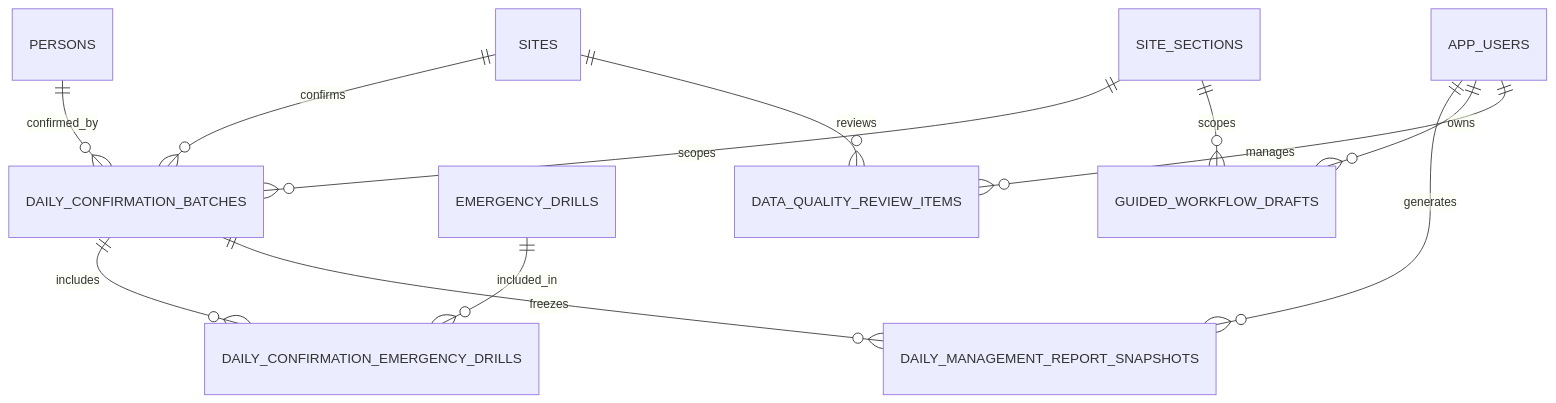
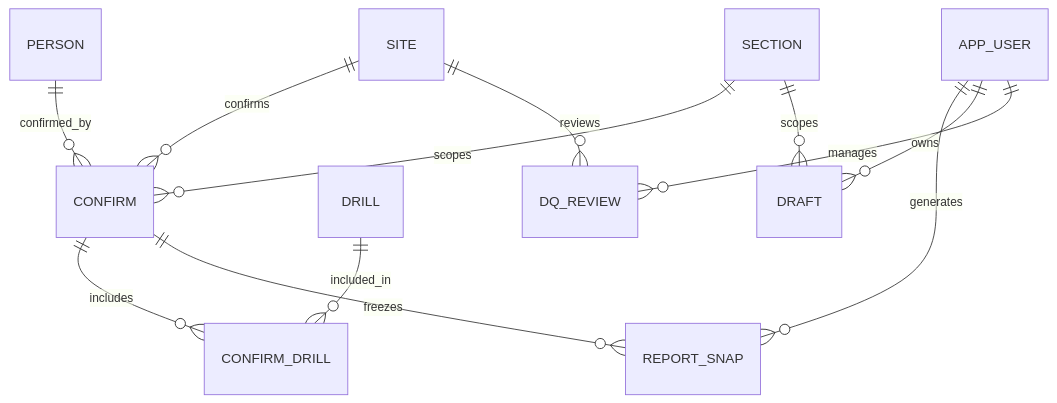
One commit to Euchie23/HSEQ_Risk_Intel changed the eighth of 10 diagrams in docs/Database_ERD.md. Above: the diagram before and after it, drawn with Mermaid. The commit also changed other lines of this file, not shown here.

First line of the commit message:
Improve clarity and consistency in Database ERD documentation

````diff
--- a/docs/Database_ERD.md
+++ b/docs/Database_ERD.md
@@ -523,20 +452,19 @@
 ```mermaid
 erDiagram
 
-    SITES ||--o{ DAILY_CONFIRMATION_BATCHES : confirms
-    SITE_SECTIONS ||--o{ DAILY_CONFIRMATION_BATCHES : scopes
-    PERSONS ||--o{ DAILY_CONFIRMATION_BATCHES : confirmed_by
+    SITE ||--o{ CONFIRM : confirms
+    SECTION ||--o{ CONFIRM : scopes
+    PERSON ||--o{ CONFIRM : confirmed_by
 
-    DAILY_CONFIRMATION_BATCHES ||--o{ DAILY_CONFIRMATION_EMERGENCY_DRILLS : includes
-    EMERGENCY_DRILLS ||--o{ DAILY_CONFIRMATION_EMERGENCY_DRILLS : included_in
+    CONFIRM ||--o{ CONFIRM_DRILL : includes
+    DRILL ||--o{ CONFIRM_DRILL : included_in
 
-    DAILY_CONFIRMATION_BATCHES ||--o{ DAILY_MANAGEMENT_REPORT_SNAPSHOTS : freezes
+    CONFIRM ||--o{ REPORT_SNAP : freezes
+    APP_USER ||--o{ REPORT_SNAP : generates
 
-    APP_USERS ||--o{ DAILY_MANAGEMENT_REPORT_SNAPSHOTS : generates
+    APP_USER ||--o{ DRAFT : owns
+    SECTION ||--o{ DRAFT : scopes
 
-    APP_USERS ||--o{ GUIDED_WORKFLOW_DRAFTS : owns
-    SITE_SECTIONS ||--o{ GUIDED_WORKFLOW_DRAFTS : scopes
-
-    SITES ||--o{ DATA_QUALITY_REVIEW_ITEMS : reviews
-    APP_USERS ||--o{ DATA_QUALITY_REVIEW_ITEMS : manages
+    SITE ||--o{ DQ_REVIEW : reviews
+    APP_USER ||--o{ DQ_REVIEW : manages
 ```
````
